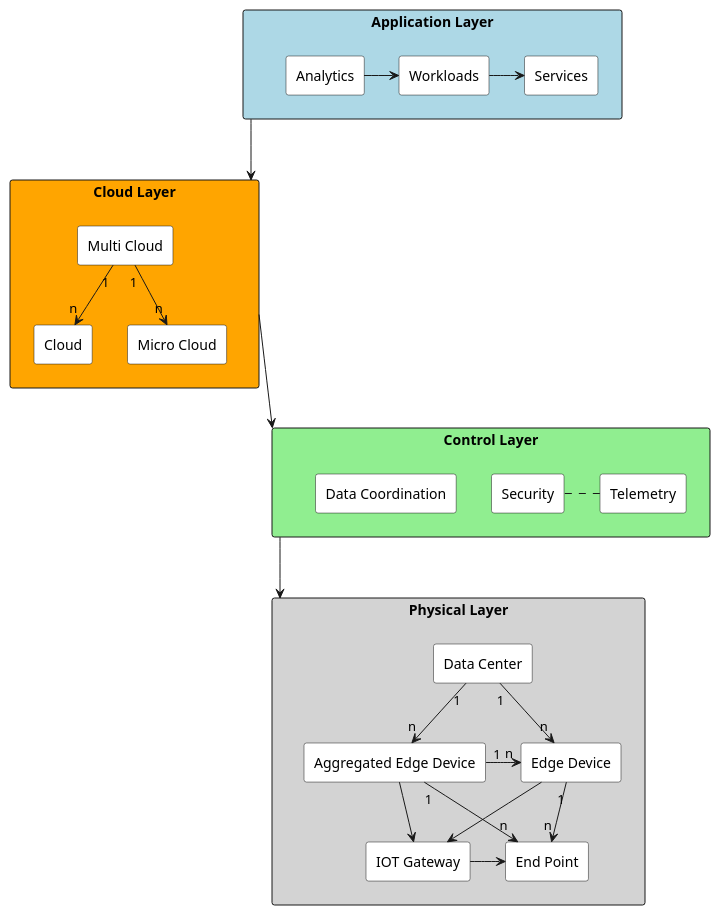
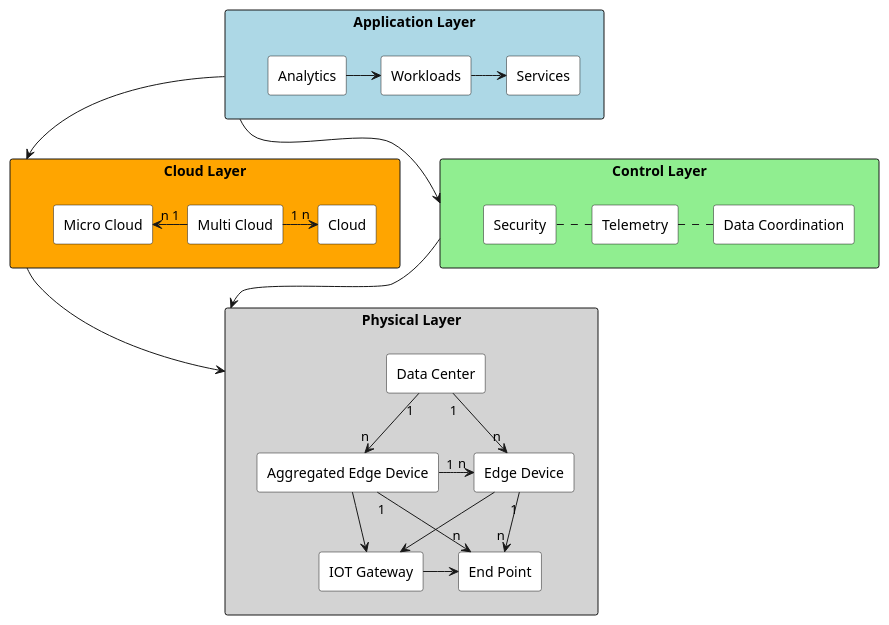
One commit to CAADE/edgeville changed the diagram in docs/Architecture.puml. Above: the diagram before and after it, drawn with PlantUML. The commit also changed 319 other files, not shown here.

Commit message:
Fix Diagrams for TBD.

```diff
--- a/docs/Architecture.puml
+++ b/docs/Architecture.puml
@@ -1,46 +1,48 @@
 @startuml
 
   rectangle "Application Layer" as AL #lightblue {
     rectangle Analytics #white
     rectangle Services #white
     rectangle Workloads #white
     Analytics -> Workloads
     Workloads -> Services
   }
   rectangle "Cloud Layer" as ClL #orange {
     rectangle "Multi Cloud" as MC #white
     rectangle Cloud #white
     rectangle "Micro Cloud" as uC #white
-    MC "1" --> "n" Cloud
-    MC "1" --> "n" uC
+    MC "1" -> "n" Cloud
+    MC "1" -left-> "n" uC
 
   }
   rectangle "Control Layer" as CL #lightgreen {
     rectangle Security #white
     rectangle Telemetry #white
     rectangle "Data Coordination" as CLDC #white
     Security . Telemetry
+    CLDC .left. Telemetry
 
   }
   rectangle "Physical Layer" as PL #lightgray {
     rectangle "IOT Gateway" as IG #white
     rectangle "End Point" as Device #white
     rectangle "Edge Device" as ED #white
     rectangle "Aggregated Edge Device" as AED #white
     rectangle "Data Center" as DC #white
     IG -> Device
     AED --> IG
     ED --> IG
     ED "1" -> "n" Device
     AED "1" -> "n" ED
     AED "1" --> "n" Device
     DC "1" --> "n" ED
     DC "1" --> "n" AED
 
   }
 
- AL ---> ClL
- ClL ---> CL
- CL ---> PL
+ AL --> ClL
+ AL --> CL
+ ClL --> PL
+ CL --> PL
 
 @enduml
```
